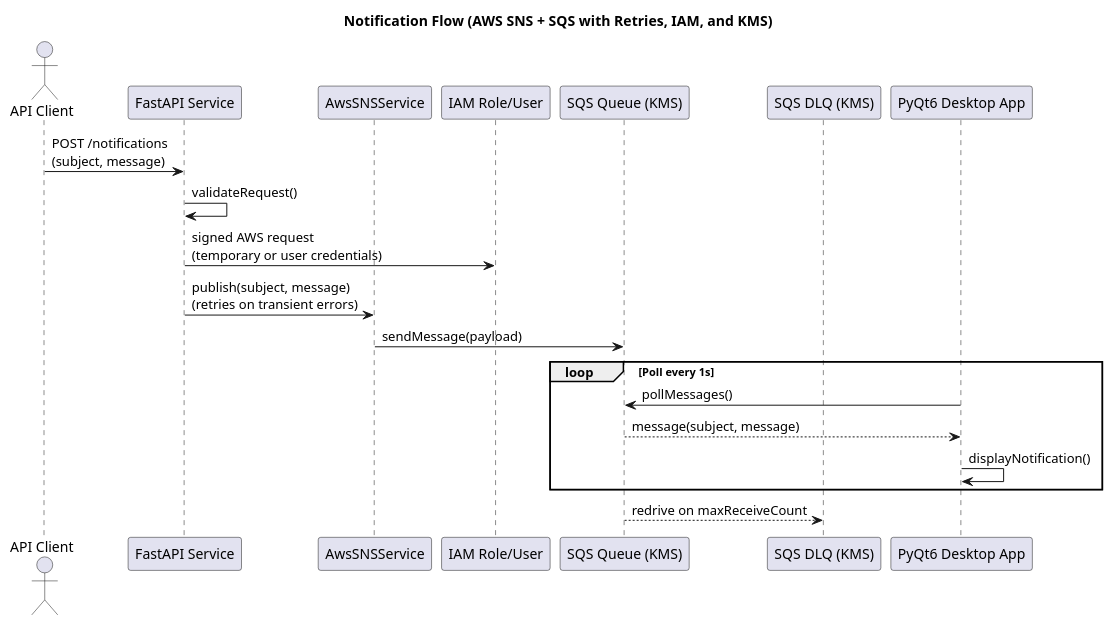
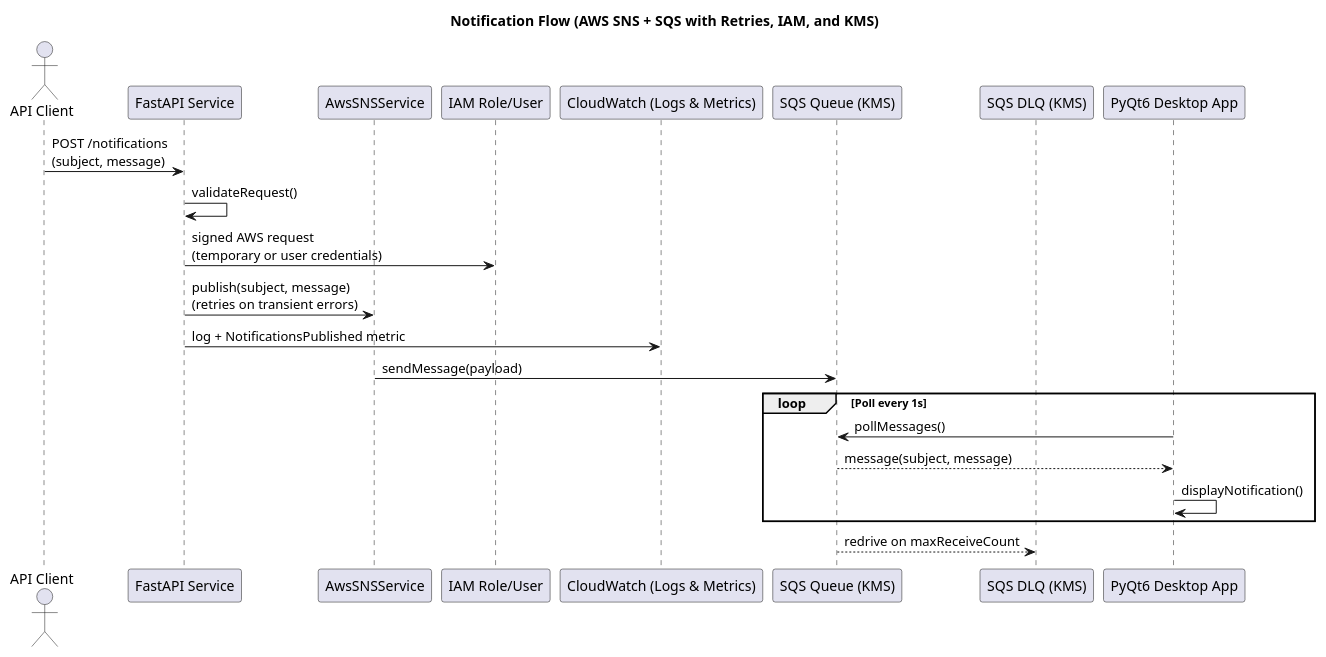
The diagram in diagrams/basic_flow.puml (JuanPlazasEpam/sns-example), drawn with PlantUML before and after one commit. The commit also changed 4 other files, not shown here.

```diff
--- a/diagrams/basic_flow.puml
+++ b/diagrams/basic_flow.puml
@@ -1,29 +1,31 @@
 @startuml
 title Notification Flow (AWS SNS + SQS with Retries, IAM, and KMS)
 
 actor "API Client" as Client
 participant "FastAPI Service" as API
 participant "AwsSNSService" as SNS
 participant "IAM Role/User" as IAM
+participant "CloudWatch (Logs & Metrics)" as CW
 participant "SQS Queue (KMS)" as SQS
 participant "SQS DLQ (KMS)" as DLQ
 participant "PyQt6 Desktop App" as Desktop
 
 Client -> API: POST /notifications\n(subject, message)
 
 API -> API: validateRequest()
 
 API -> IAM: signed AWS request\n(temporary or user credentials)
 API -> SNS: publish(subject, message)\n(retries on transient errors)
+API -> CW: log + NotificationsPublished metric
 
 SNS -> SQS: sendMessage(payload)
 
 loop Poll every 1s
     Desktop -> SQS: pollMessages()
     SQS --> Desktop: message(subject, message)
     Desktop -> Desktop: displayNotification()
 end
 
 SQS --> DLQ: redrive on maxReceiveCount
 
 @enduml
```
